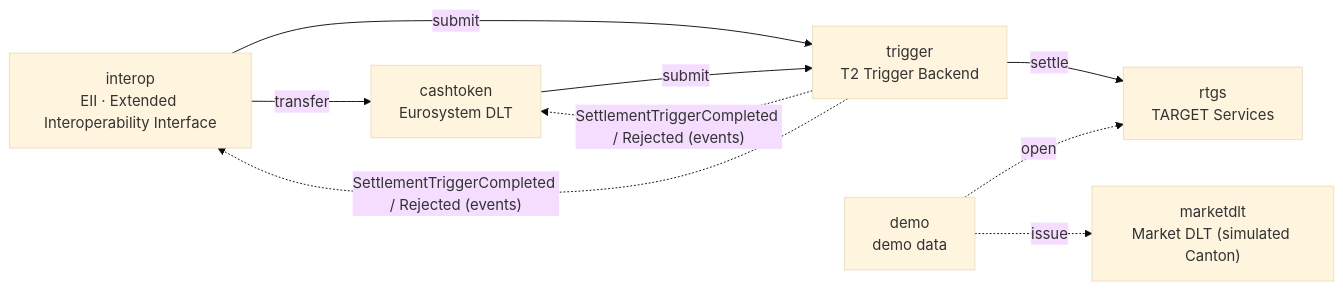
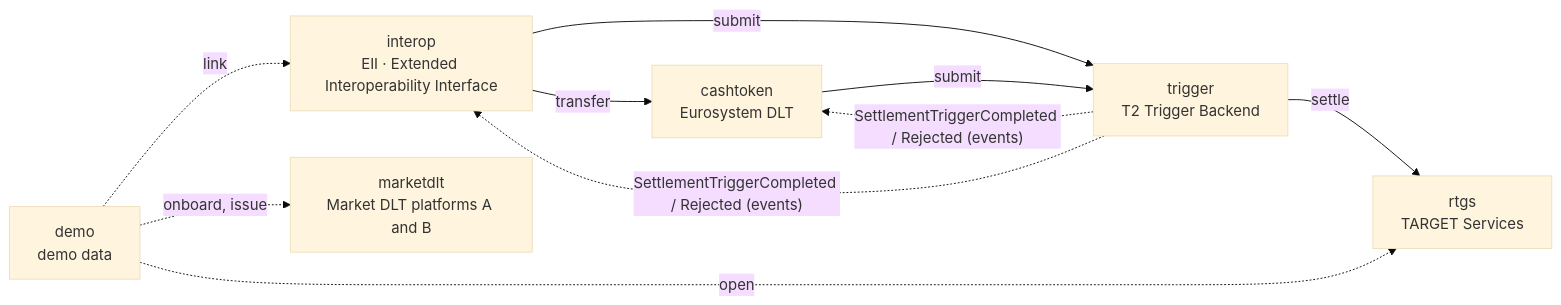
One commit to Bonnai2112/pontes-dlt-settlement changed the first of 5 diagrams in README.md. Above: the diagram before and after it, drawn with Mermaid (base theme). The commit also changed other lines of this file and 69 other files, not shown here.

First line of the commit message:
Market DLT platforms on Besu with ERC-3643 securities (#1)

````diff
--- a/README.md
+++ b/README.md
@@ -60,19 +64,20 @@
 ```mermaid
 flowchart LR
     interop["interop<br/>EII · Extended Interoperability Interface"]
     cashtoken["cashtoken<br/>Eurosystem DLT"]
     trigger["trigger<br/>T2 Trigger Backend"]
     rtgs["rtgs<br/>TARGET Services"]
-    marketdlt["marketdlt<br/>Market DLT (simulated Canton)"]
+    marketdlt["marketdlt<br/>Market DLT platforms A and B"]
     demo["demo<br/>demo data"]
 
     interop -->|transfer| cashtoken
     interop -->|submit| trigger
     cashtoken -->|submit| trigger
     trigger -->|settle| rtgs
     demo -.->|open| rtgs
-    demo -.->|issue| marketdlt
+    demo -.->|onboard, issue| marketdlt
+    demo -.->|link| interop
 
     trigger -. "SettlementTriggerCompleted / Rejected (events)" .-> cashtoken
     trigger -. "SettlementTriggerCompleted / Rejected (events)" .-> interop
 ```
````
